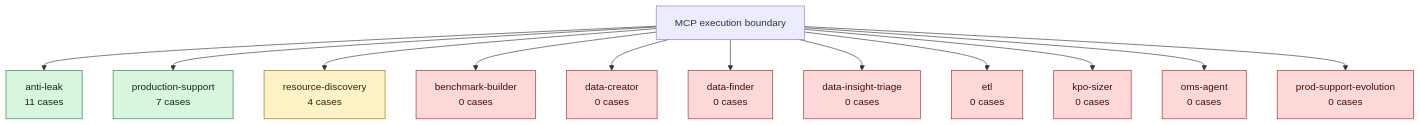
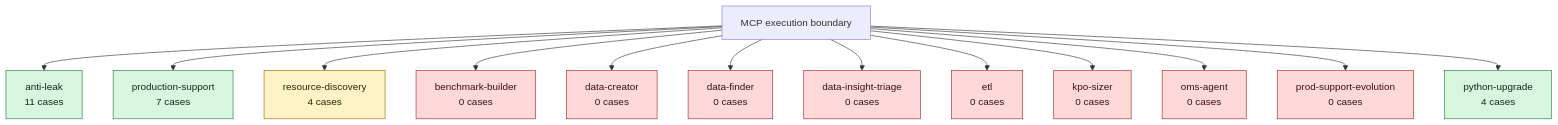
The diagram in src/workspaces/data_engineering/agents/ARCHITECTURE.md (jeisenman/q2_bench), drawn with Mermaid before and after one commit. The commit also changed 78 other files, not shown here.

Commit message:
workspace flows

````diff
--- a/src/workspaces/data_engineering/agents/ARCHITECTURE.md
+++ b/src/workspaces/data_engineering/agents/ARCHITECTURE.md
@@ -8,24 +8,25 @@
 ```mermaid
 flowchart TB
     MCP[MCP execution boundary]
 
     MCP --> AL[anti-leak<br/>11 cases]
     MCP --> PS[production-support<br/>7 cases]
     MCP --> RD[resource-discovery<br/>4 cases]
     MCP --> BB[benchmark-builder<br/>0 cases]
     MCP --> DC[data-creator<br/>0 cases]
     MCP --> DF[data-finder<br/>0 cases]
     MCP --> DIT[data-insight-triage<br/>0 cases]
     MCP --> ETL[etl<br/>0 cases]
     MCP --> KPO[kpo-sizer<br/>0 cases]
     MCP --> OMS[oms-agent<br/>0 cases]
     MCP --> PSE[prod-support-evolution<br/>0 cases]
+    MCP --> PU[python-upgrade<br/>4 cases]
 
     classDef thorough fill:#d7f5df,stroke:#1f7a3d,color:#102a18
     classDef threshold fill:#fff2c7,stroke:#9a6b00,color:#332400
     classDef warning fill:#ffd9d9,stroke:#a12626,color:#3b0d0d
 
-    class AL,PS thorough
+    class AL,PS,PU thorough
     class RD threshold
     class BB,DC,DF,DIT,ETL,KPO,OMS,PSE warning
 ```
````
